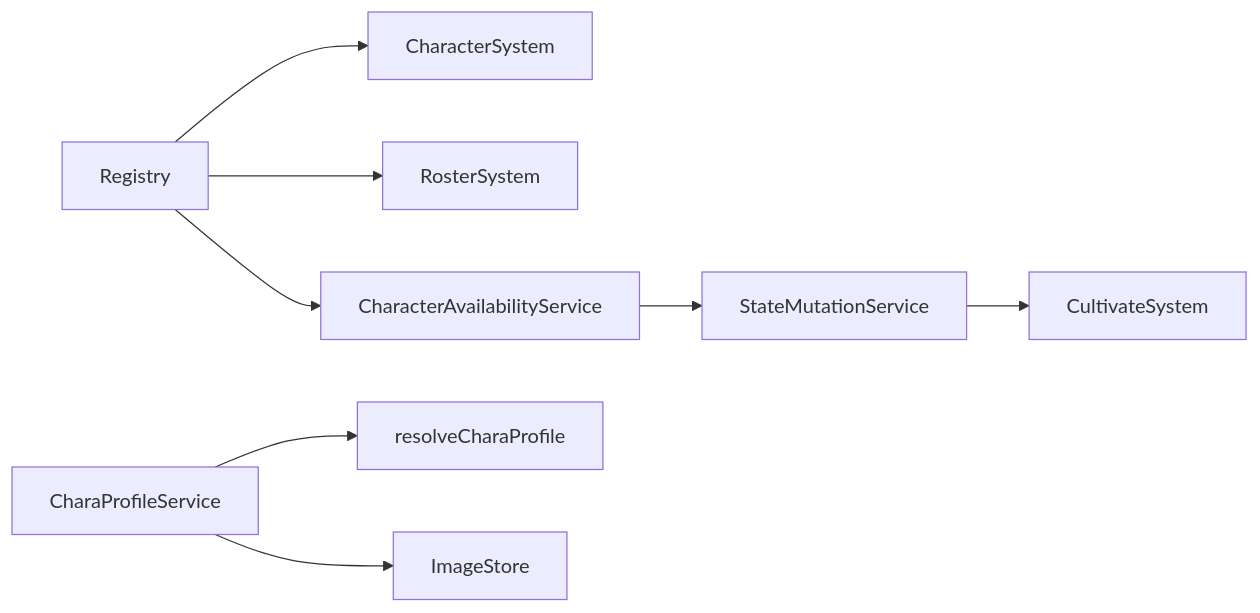
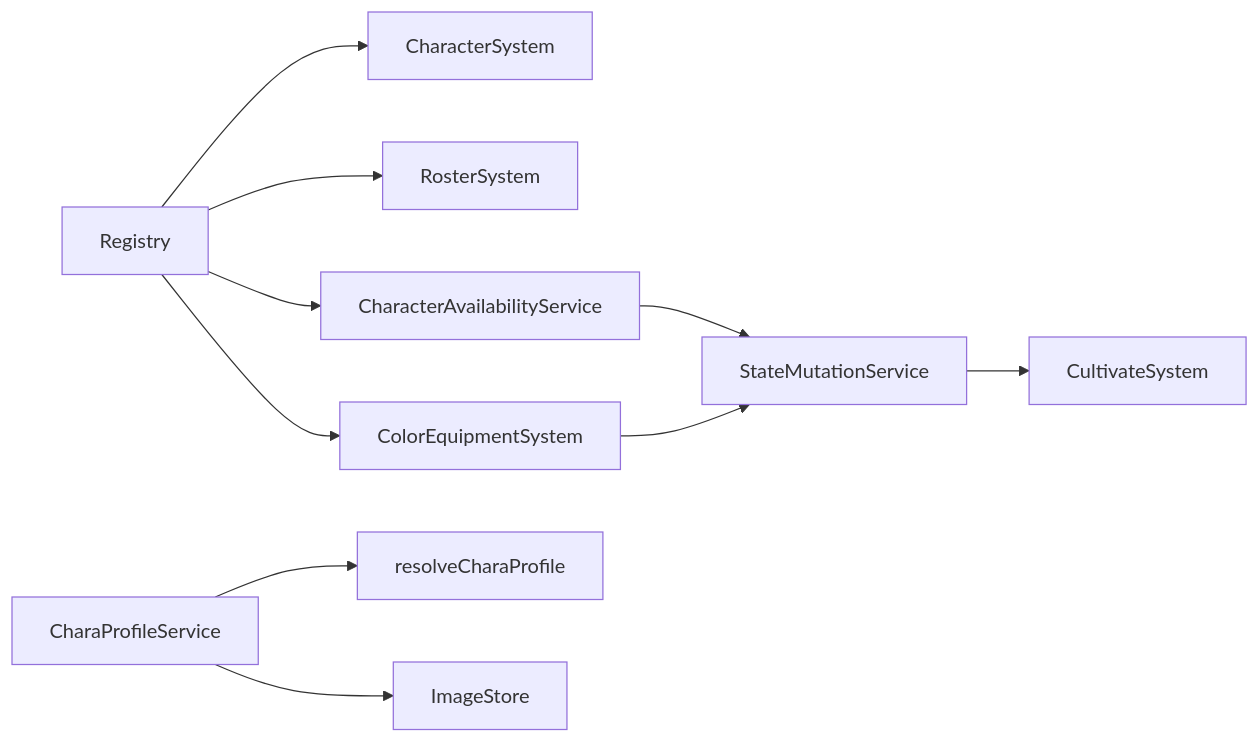
One commit to EsiLA9/Arona-Clicker changed the tenth of 10 diagrams in .qoder/repowiki/zh/content/游戏系统/角色系统.md. Above: the diagram before and after it, drawn with Mermaid. The commit also changed other lines of this file and 76 other files, not shown here.

````diff
--- a/.qoder/repowiki/zh/content/游戏系统/角色系统.md
+++ b/.qoder/repowiki/zh/content/游戏系统/角色系统.md
@@ -333,10 +389,12 @@
 ```mermaid
 graph LR
 Reg["Registry"] --> CS["CharacterSystem"]
 Reg --> RS["RosterSystem"]
 Reg --> AV["CharacterAvailabilityService"]
+Reg --> CES["ColorEquipmentSystem"]
 AV --> Mut["StateMutationService"]
+CES --> Mut
 Mut --> Cult["CultivateSystem"]
 CPS["CharaProfileService"] --> Core["resolveCharaProfile"]
 CPS --> Img["ImageStore"]
 ```
````
